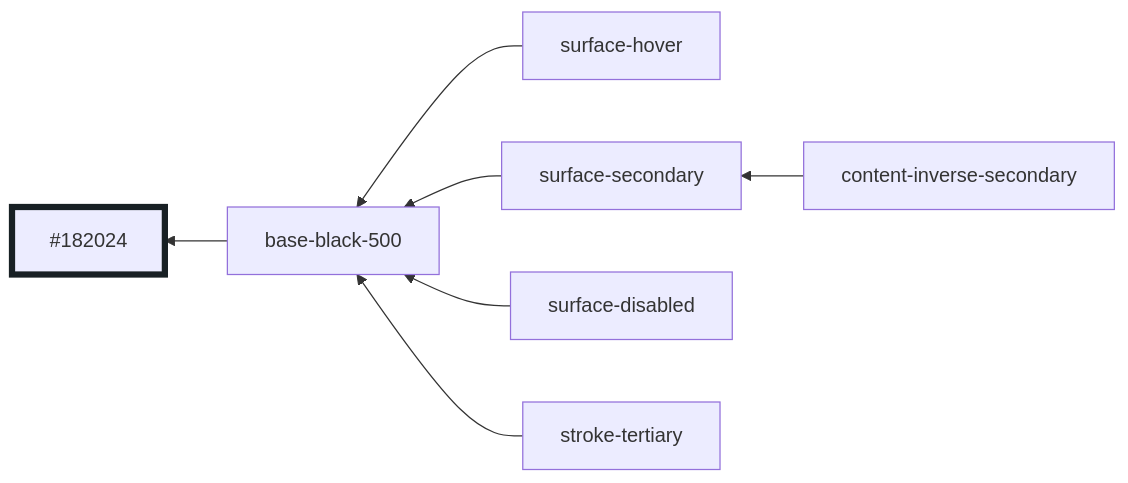
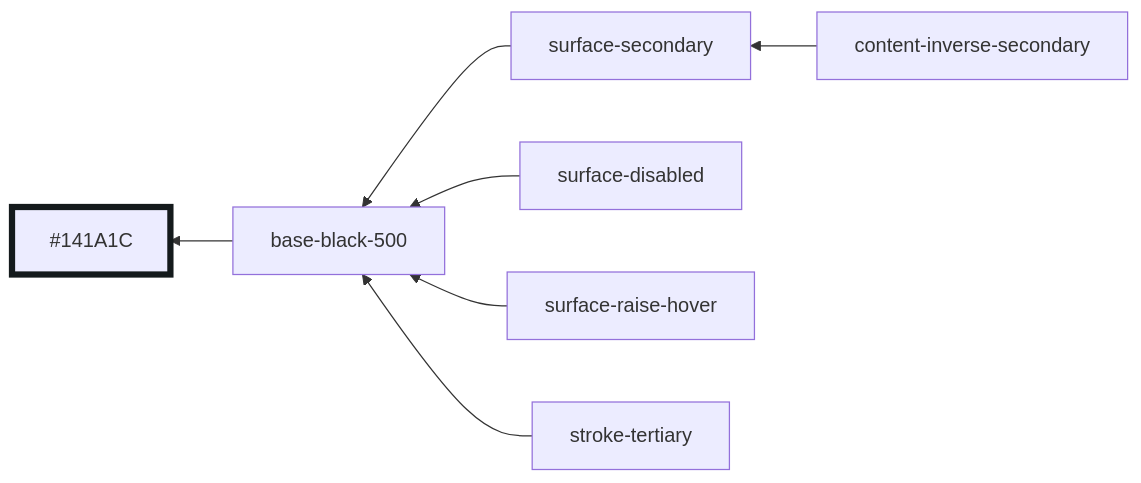
One commit to oxidecomputer/console changed diagram 27 of 30 in libs/ui/styles/themes/main.md. Above: the diagram before and after it, drawn with Mermaid. The commit also changed other lines of this file and 6 other files, not shown here.

````diff
--- a/libs/ui/styles/themes/main.md
+++ b/libs/ui/styles/themes/main.md
@@ -340,11 +342,11 @@
 ```mermaid
 graph RL
-  base-black-500 --> #182024:::base-black-500
-  surface-hover --> base-black-500
+  base-black-500 --> #141A1C:::base-black-500
   surface-secondary --> base-black-500
   surface-disabled --> base-black-500
+  surface-raise-hover --> base-black-500
   content-inverse-secondary --> surface-secondary
   stroke-tertiary --> base-black-500
 
-  classDef base-black-500 stroke-width:5,stroke:#182024
+  classDef base-black-500 stroke-width:5,stroke:#141A1C
 ```
````
